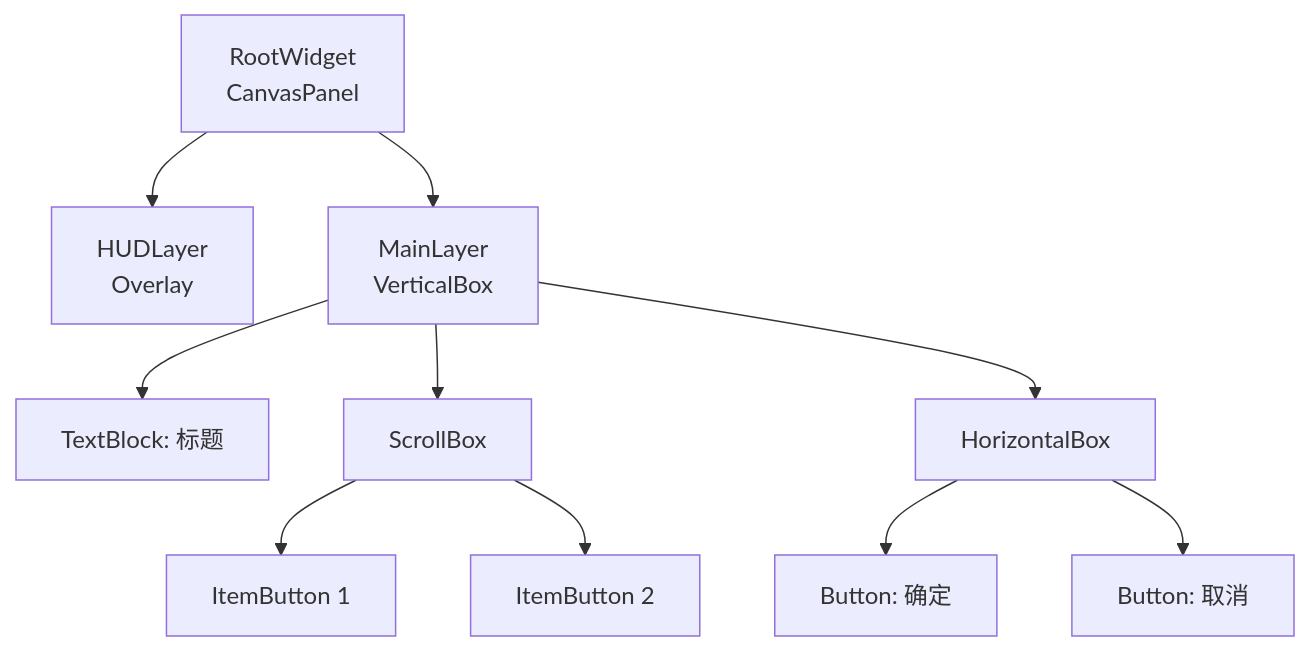
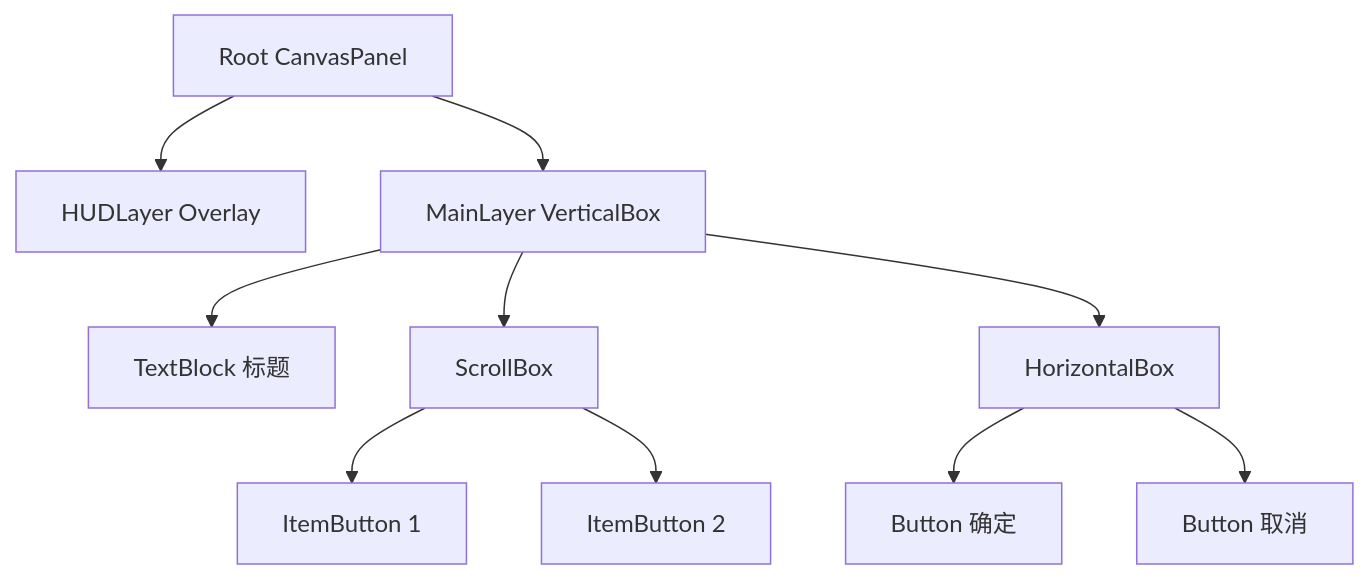
The third of 7 diagrams in 知识/05-Gameplay与交互系统/界面设置与无障碍/01-UMG框架与控件系统.md (fantuan812/learning), drawn with Mermaid before and after one commit. The commit also changed other lines of this file and 1 other file, not shown here.

````diff
--- a/知识/05-Gameplay与交互系统/界面设置与无障碍/01-UMG框架与控件系统.md
+++ b/知识/05-Gameplay与交互系统/界面设置与无障碍/01-UMG框架与控件系统.md
@@ -131,12 +272,12 @@
 ```mermaid
 graph TD
-    Root[RootWidget<br/>CanvasPanel] --> HUD[HUDLayer<br/>Overlay]
-    Root --> Main[MainLayer<br/>VerticalBox]
-    Main --> Title[TextBlock: 标题]
+    Root[Root CanvasPanel] --> HUD[HUDLayer Overlay]
+    Root --> Main[MainLayer VerticalBox]
+    Main --> Title[TextBlock 标题]
     Main --> List[ScrollBox]
     List --> Item1[ItemButton 1]
     List --> Item2[ItemButton 2]
     Main --> BtnRow[HorizontalBox]
-    BtnRow --> BtnOK[Button: 确定]
-    BtnRow --> BtnCancel[Button: 取消]
+    BtnRow --> BtnOK[Button 确定]
+    BtnRow --> BtnCancel[Button 取消]
 ```
````
